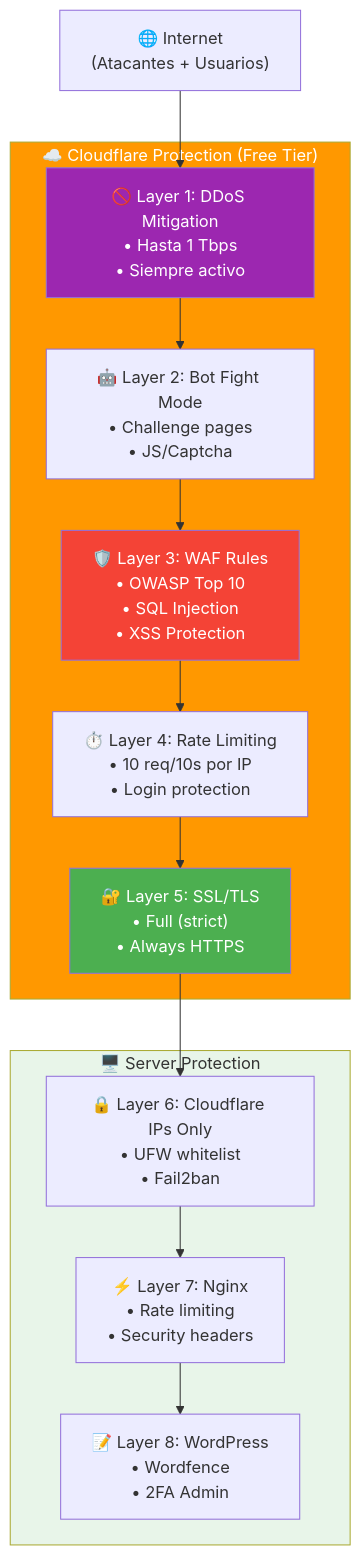
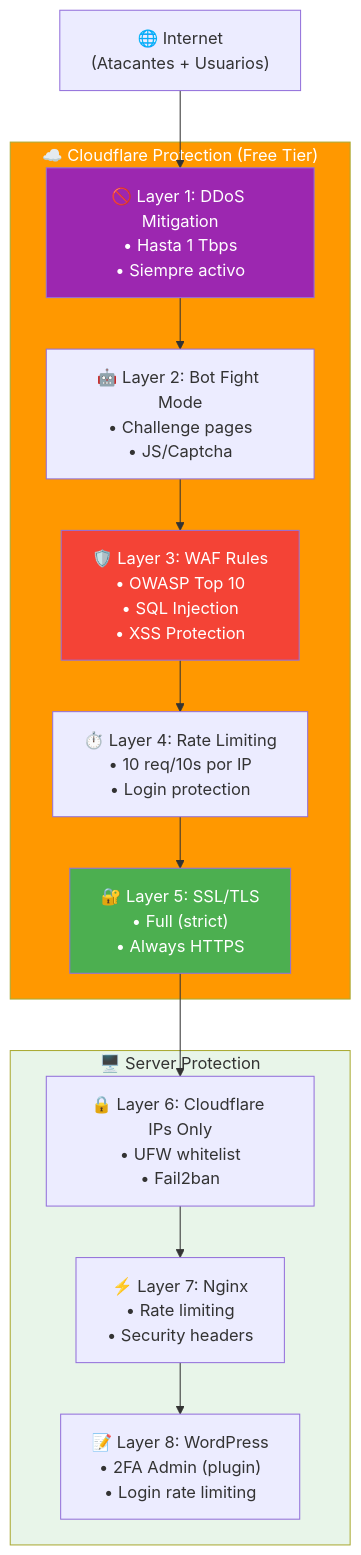
The second of 2 diagrams in docs/infrastructure/CLOUDFLARE_SETUP.md (malpanez/hetzner-secure-infrastructure), drawn with Mermaid before and after one commit. The commit also changed other lines of this file and 38 other files, not shown here.

````diff
--- a/docs/infrastructure/CLOUDFLARE_SETUP.md
+++ b/docs/infrastructure/CLOUDFLARE_SETUP.md
@@ -92,33 +92,33 @@
 ```mermaid
 graph TB
     internet["🌐 Internet<br/>(Atacantes + Usuarios)"]
 
     subgraph cloudflare_protection["☁️ Cloudflare Protection (Free Tier)"]
         layer_ddos["🚫 Layer 1: DDoS Mitigation<br/>• Hasta 1 Tbps<br/>• Siempre activo"]
         layer_bot["🤖 Layer 2: Bot Fight Mode<br/>• Challenge pages<br/>• JS/Captcha"]
         layer_waf["🛡️ Layer 3: WAF Rules<br/>• OWASP Top 10<br/>• SQL Injection<br/>• XSS Protection"]
         layer_rate["⏱️ Layer 4: Rate Limiting<br/>• 10 req/10s por IP<br/>• Login protection"]
         layer_ssl["🔐 Layer 5: SSL/TLS<br/>• Full (strict)<br/>• Always HTTPS"]
     end
 
     subgraph server_protection["🖥️ Server Protection"]
         layer_cf_tunnel["🔒 Layer 6: Cloudflare IPs Only<br/>• UFW whitelist<br/>• Fail2ban"]
         layer_nginx["⚡ Layer 7: Nginx<br/>• Rate limiting<br/>• Security headers"]
-        layer_wp["📝 Layer 8: WordPress<br/>• Wordfence<br/>• 2FA Admin"]
+        layer_wp["📝 Layer 8: WordPress<br/>• 2FA Admin (plugin)<br/>• Login rate limiting"]
     end
 
     internet --> layer_ddos
     layer_ddos --> layer_bot
     layer_bot --> layer_waf
     layer_waf --> layer_rate
     layer_rate --> layer_ssl
     layer_ssl --> layer_cf_tunnel
     layer_cf_tunnel --> layer_nginx
     layer_nginx --> layer_wp
 
     style cloudflare_protection fill:#ff9800,color:#fff
     style server_protection fill:#e8f5e9
     style layer_ddos fill:#9c27b0,color:#fff
     style layer_waf fill:#f44336,color:#fff
     style layer_ssl fill:#4caf50,color:#fff
 ```
````
